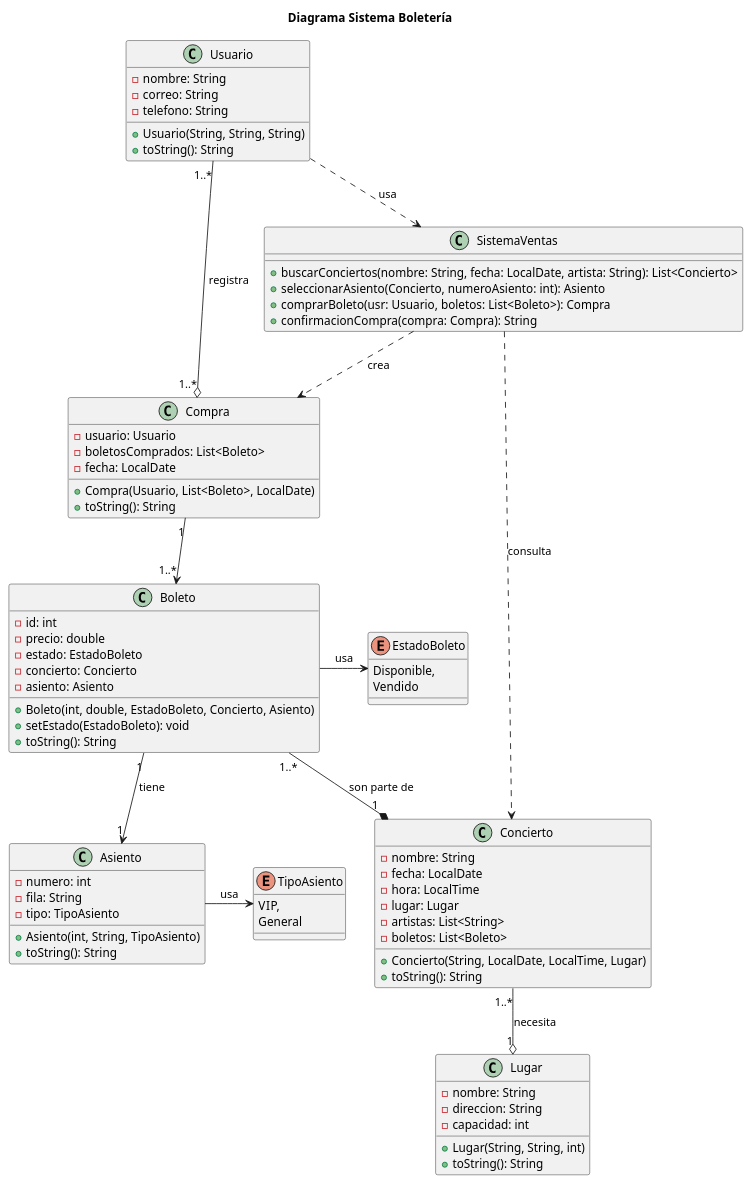
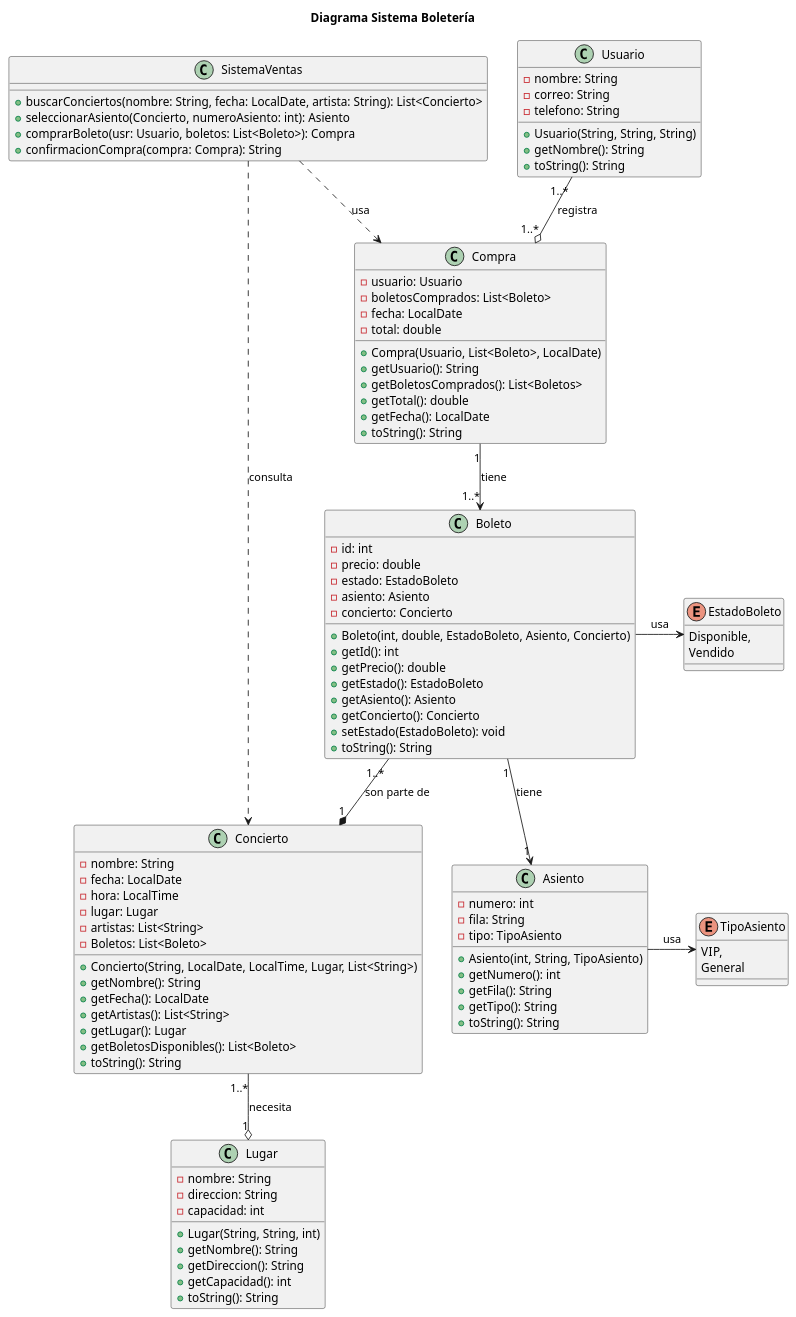
One commit to KuilmerHC/Fundamentos changed the diagram in Lab2/diagrama/diagrama1.puml. Above: the diagram before and after it, drawn with PlantUML. The commit also changed 9 other files, not shown here.

```diff
--- a/Lab2/diagrama/diagrama1.puml
+++ b/Lab2/diagrama/diagrama1.puml
@@ -1,88 +1,110 @@
 @startuml Diagrama 2
 title Diagrama Sistema Boletería
 
 class Usuario{
     -nombre: String
     -correo: String
     -telefono: String
     +Usuario(String, String, String)
+    +getNombre(): String
     +toString(): String
 }
 
 class Concierto{
     -nombre: String
     -fecha: LocalDate
     -hora: LocalTime
     -lugar: Lugar
     -artistas: List<String>
-    -boletos: List<Boleto>
-    +Concierto(String, LocalDate, LocalTime, Lugar)
+    -Boletos: List<Boleto>
+    +Concierto(String, LocalDate, LocalTime, Lugar, List<String>)
+    +getNombre(): String
+    +getFecha(): LocalDate
+    +getArtistas(): List<String>
+    +getLugar(): Lugar
+    +getBoletosDisponibles(): List<Boleto>
+    +toString(): String
+}
+
+enum EstadoBoleto{
+    Disponible,
+    Vendido
+}
+
+class Boleto{
+    -id: int
+    -precio: double
+    -estado: EstadoBoleto
+    -asiento: Asiento
+    -concierto: Concierto
+    +Boleto(int, double, EstadoBoleto, Asiento, Concierto)
+    +getId(): int
+    +getPrecio(): double
+    +getEstado(): EstadoBoleto
+    +getAsiento(): Asiento
+    +getConcierto(): Concierto
+    +setEstado(EstadoBoleto): void
     +toString(): String
 }
 
 class Lugar{
     -nombre: String
     -direccion: String
     -capacidad: int
     +Lugar(String, String, int)
+    +getNombre(): String
+    +getDireccion(): String
+    +getCapacidad(): int
     +toString(): String
 }
 
 enum TipoAsiento {
     VIP,
     General
 }
 
 class Asiento{
     -numero: int
     -fila: String
     -tipo: TipoAsiento
     +Asiento(int, String, TipoAsiento)
+    +getNumero(): int
+    +getFila(): String
+    +getTipo(): String
     +toString(): String
 }
 
-enum EstadoBoleto{
-    Disponible,
-    Vendido
-}
-
-class Boleto{
-    -id: int
-    -precio: double
-    -estado: EstadoBoleto
-    -concierto: Concierto
-    -asiento: Asiento
-    +Boleto(int, double, EstadoBoleto, Concierto, Asiento)
-    +setEstado(EstadoBoleto): void
-    +toString(): String
-}
 
 class Compra{
     -usuario: Usuario
     -boletosComprados: List<Boleto>
     -fecha: LocalDate
+    -total: double
     +Compra(Usuario, List<Boleto>, LocalDate)
+    +getUsuario(): String
+    +getBoletosComprados(): List<Boletos>
+    +getTotal(): double
+    +getFecha(): LocalDate
     +toString(): String
 }
 
 class SistemaVentas{
     +buscarConciertos(nombre: String, fecha: LocalDate, artista: String): List<Concierto>
     +seleccionarAsiento(Concierto, numeroAsiento: int): Asiento
     +comprarBoleto(usr: Usuario, boletos: List<Boleto>): Compra
     +confirmacionCompra(compra: Compra): String
 }   
 
 Boleto -> EstadoBoleto: usa
 Asiento -> TipoAsiento: usa
 
 
-Usuario ..> SistemaVentas: usa
-SistemaVentas ..> Compra: crea
+SistemaVentas ..> Compra: usa
 SistemaVentas ..> Concierto: consulta
 
 Usuario "1..*" --o "1..*" Compra: registra
-Compra "1" --> "1..*" Boleto
+Compra "1" --> "1..*" Boleto: tiene
 Boleto "1..*" --* "1" Concierto: son parte de
 Concierto "1..*" --o "1" Lugar: necesita
 Boleto "1" --> "1" Asiento: tiene
 @enduml
```
